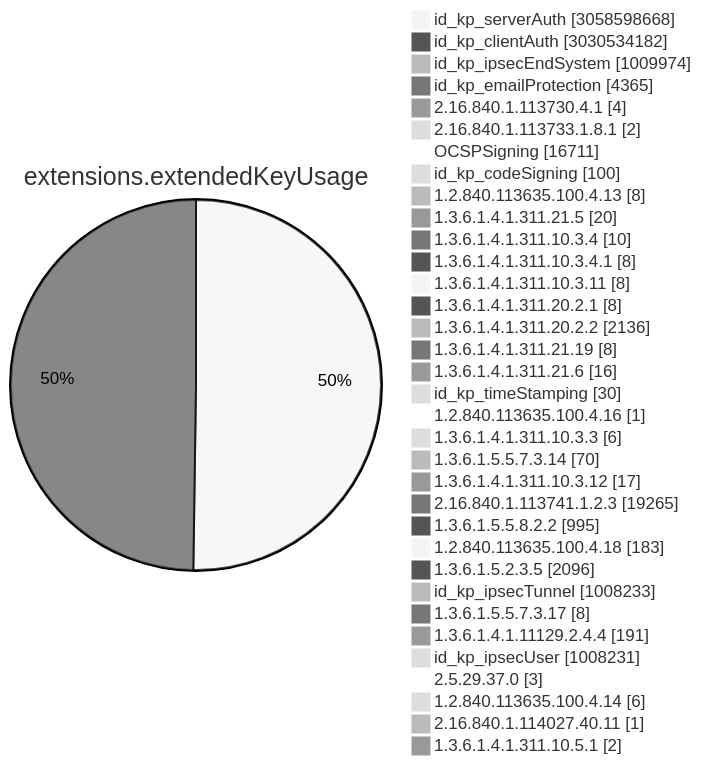
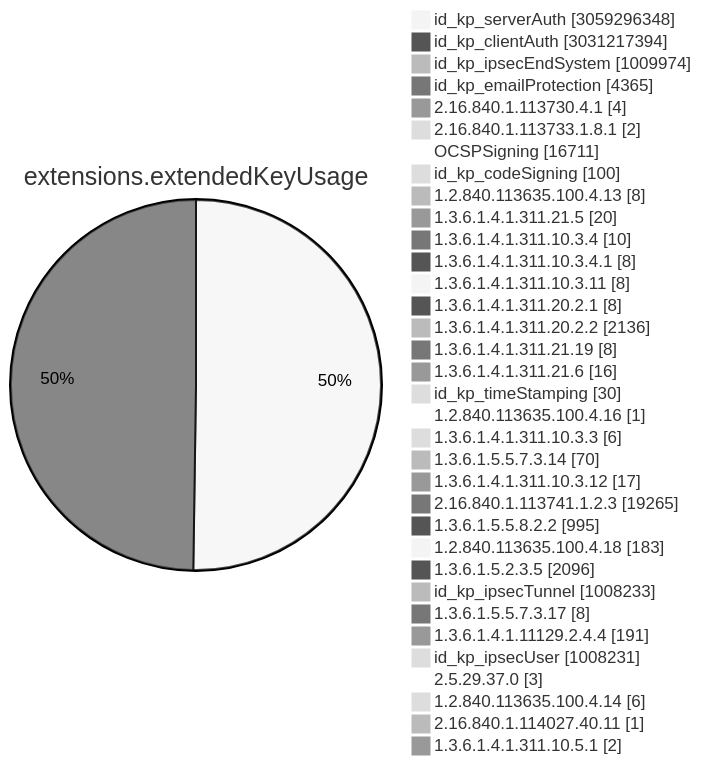
Before and after one commit to christiankrug/ctmonitor_visualization: diagram 11 of 15 in TOTAL/README.md, drawn with Mermaid (neutral theme). The commit also changed other lines of this file, not shown here.

````diff
--- a/TOTAL/README.md
+++ b/TOTAL/README.md
@@ -4117,38 +4117,38 @@
 ```mermaid
 pie showData
 title extensions.extendedKeyUsage
-"id_kp_serverAuth" :3058598668
-"id_kp_clientAuth" :3030534182
+"id_kp_serverAuth" :3059296348
+"id_kp_clientAuth" :3031217394
 "id_kp_ipsecEndSystem" :1009974
 "id_kp_emailProtection" :4365
 "2.16.840.1.113730.4.1" :4
 "2.16.840.1.113733.1.8.1" :2
 "OCSPSigning" :16711
 "id_kp_codeSigning" :100
 "1.2.840.113635.100.4.13" :8
 "1.3.6.1.4.1.311.21.5" :20
 "1.3.6.1.4.1.311.10.3.4" :10
 "1.3.6.1.4.1.311.10.3.4.1" :8
 "1.3.6.1.4.1.311.10.3.11" :8
 "1.3.6.1.4.1.311.20.2.1" :8
 "1.3.6.1.4.1.311.20.2.2" :2136
 "1.3.6.1.4.1.311.21.19" :8
 "1.3.6.1.4.1.311.21.6" :16
 "id_kp_timeStamping" :30
 "1.2.840.113635.100.4.16" :1
 "1.3.6.1.4.1.311.10.3.3" :6
 "1.3.6.1.5.5.7.3.14" :70
 "1.3.6.1.4.1.311.10.3.12" :17
 "2.16.840.1.113741.1.2.3" :19265
 "1.3.6.1.5.5.8.2.2" :995
 "1.2.840.113635.100.4.18" :183
 "1.3.6.1.5.2.3.5" :2096
 "id_kp_ipsecTunnel" :1008233
 "1.3.6.1.5.5.7.3.17" :8
 "1.3.6.1.4.1.11129.2.4.4" :191
 "id_kp_ipsecUser" :1008231
 "2.5.29.37.0" :3
 "1.2.840.113635.100.4.14" :6
 "2.16.840.1.114027.40.11" :1
 "1.3.6.1.4.1.311.10.5.1" :2
 ```
````
